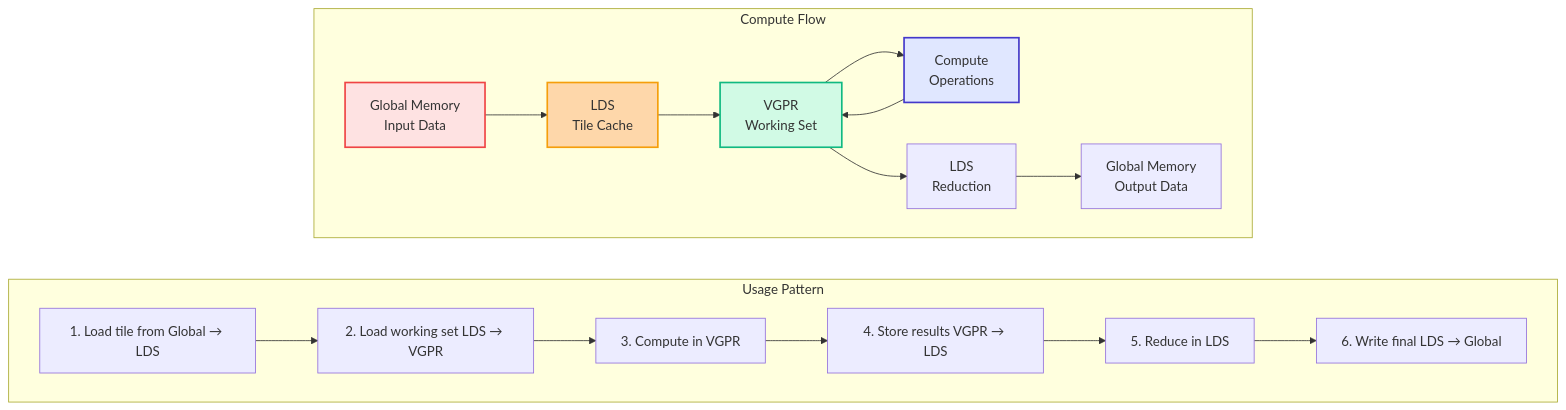
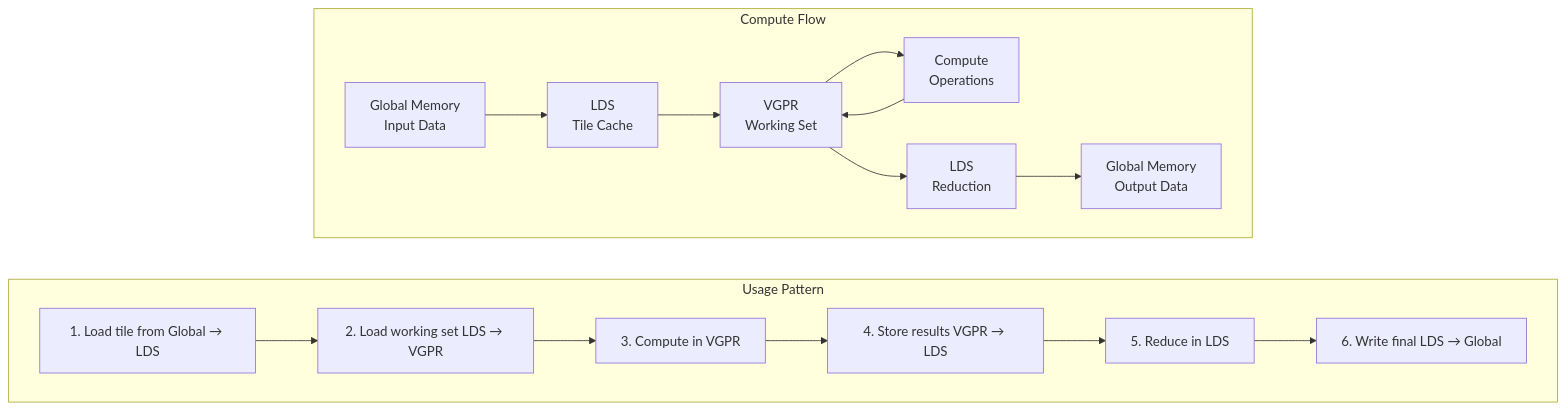
Before and after one commit to ROCm/composable_kernel: the first of 4 diagrams in docs/conceptual/ck_tile/buffer_views.rst, drawn with Mermaid. The commit also changed other lines of this file and 21 other files, not shown here.

```diff
--- a/docs/conceptual/ck_tile/buffer_views.rst
+++ b/docs/conceptual/ck_tile/buffer_views.rst
@@ -33,31 +27,26 @@
-      .. mermaid::
-      
-         flowchart TB
-             subgraph CF ["Compute Flow"]
-                 direction LR
-                 GM1["Global Memory<br/>Input Data"] --> LDS["LDS<br/>Tile Cache"]
-                 LDS --> VGPR["VGPR<br/>Working Set"]
-                 VGPR --> Compute["Compute<br/>Operations"]
-                 Compute --> VGPR
-                 VGPR --> LDS2["LDS<br/>Reduction"]
-                 LDS2 --> GM2["Global Memory<br/>Output Data"]
-             end
-   
-             subgraph UP ["Usage Pattern"]
-                 direction LR
-                 P1["1. Load tile from Global → LDS"]
-                 P2["2. Load working set LDS → VGPR"]
-                 P3["3. Compute in VGPR"]
-                 P4["4. Store results VGPR → LDS"]
-                 P5["5. Reduce in LDS"]
-                 P6["6. Write final LDS → Global"]
-   
-                 P1 --> P2 --> P3 --> P4 --> P5 --> P6
-             end
-   
-             CF ~~~ UP
-   
-             style GM1 fill:#fee2e2,stroke:#ef4444,stroke-width:2px
-             style LDS fill:#fed7aa,stroke:#f59e0b,stroke-width:2px
-             style VGPR fill:#d1fae5,stroke:#10b981,stroke-width:2px
-             style Compute fill:#e0e7ff,stroke:#4338ca,stroke-width:2px
+.. mermaid::
+
+   flowchart TB
+       subgraph CF ["Compute Flow"]
+           direction LR
+           GM1["Global Memory<br/>Input Data"] --> LDS["LDS<br/>Tile Cache"]
+           LDS --> VGPR["VGPR<br/>Working Set"]
+           VGPR --> Compute["Compute<br/>Operations"]
+           Compute --> VGPR
+           VGPR --> LDS2["LDS<br/>Reduction"]
+           LDS2 --> GM2["Global Memory<br/>Output Data"]
+       end
+
+       subgraph UP ["Usage Pattern"]
+           direction LR
+           P1["1. Load tile from Global → LDS"]
+           P2["2. Load working set LDS → VGPR"]
+           P3["3. Compute in VGPR"]
+           P4["4. Store results VGPR → LDS"]
+           P5["5. Reduce in LDS"]
+           P6["6. Write final LDS → Global"]
+
+           P1 --> P2 --> P3 --> P4 --> P5 --> P6
+       end
+
+       CF ~~~ UP
```
